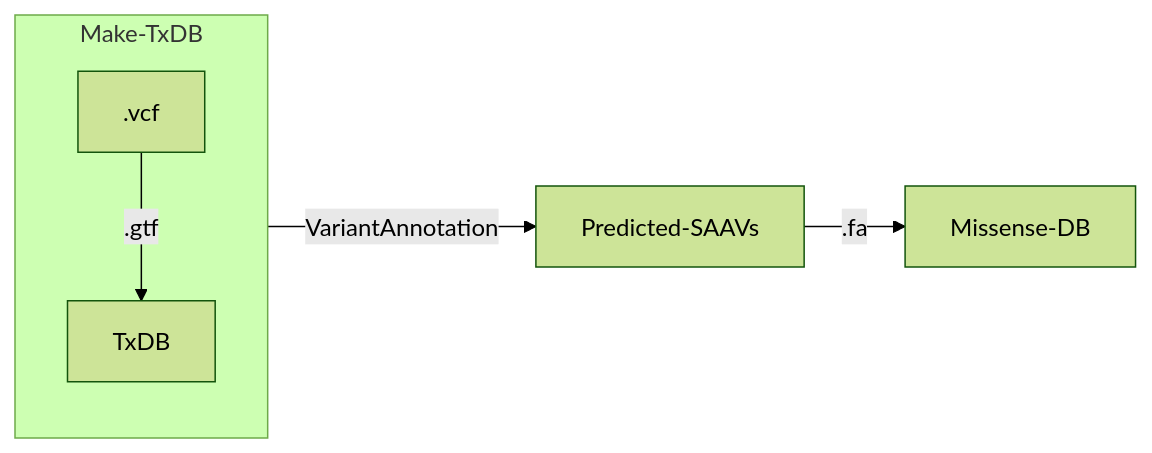
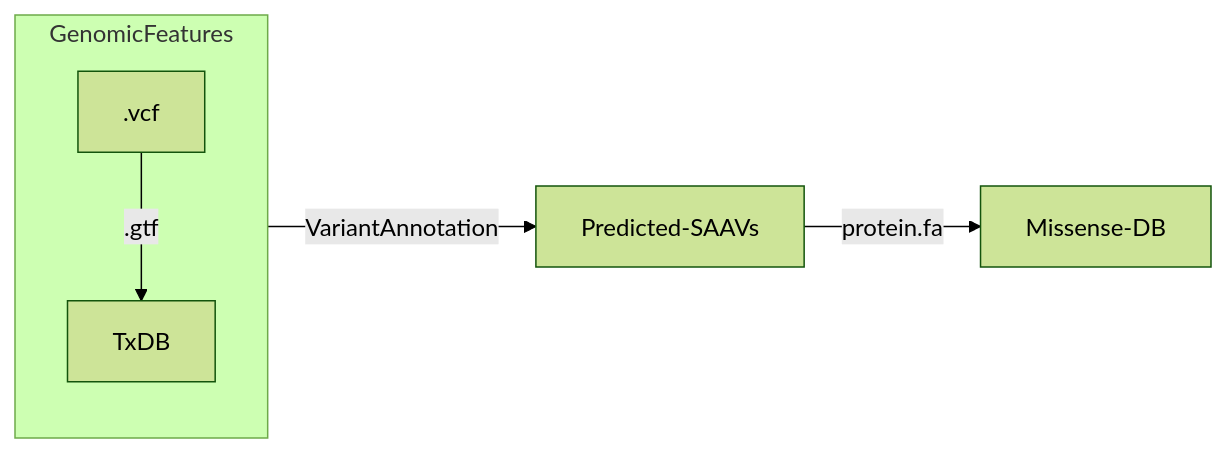
One commit to hdesai17/chemoproteogenomics changed the diagram in README.md. Above: the diagram before and after it, drawn with Mermaid (forest theme).

````diff
--- a/README.md
+++ b/README.md
@@ -19,10 +19,10 @@
 ```mermaid
 flowchart LR;
-   subgraph Make-TxDB
+   subgraph GenomicFeatures
    .vcf-->|.gtf|TxDB
    end
-   Make-TxDB-->|VariantAnnotation|Predicted-SAAVs
-   Predicted-SAAVs-->|.fa|Missense-DB;
+   GenomicFeatures-->|VariantAnnotation|Predicted-SAAVs
+   Predicted-SAAVs-->|protein.fa|Missense-DB;
  
 
 ```
````
